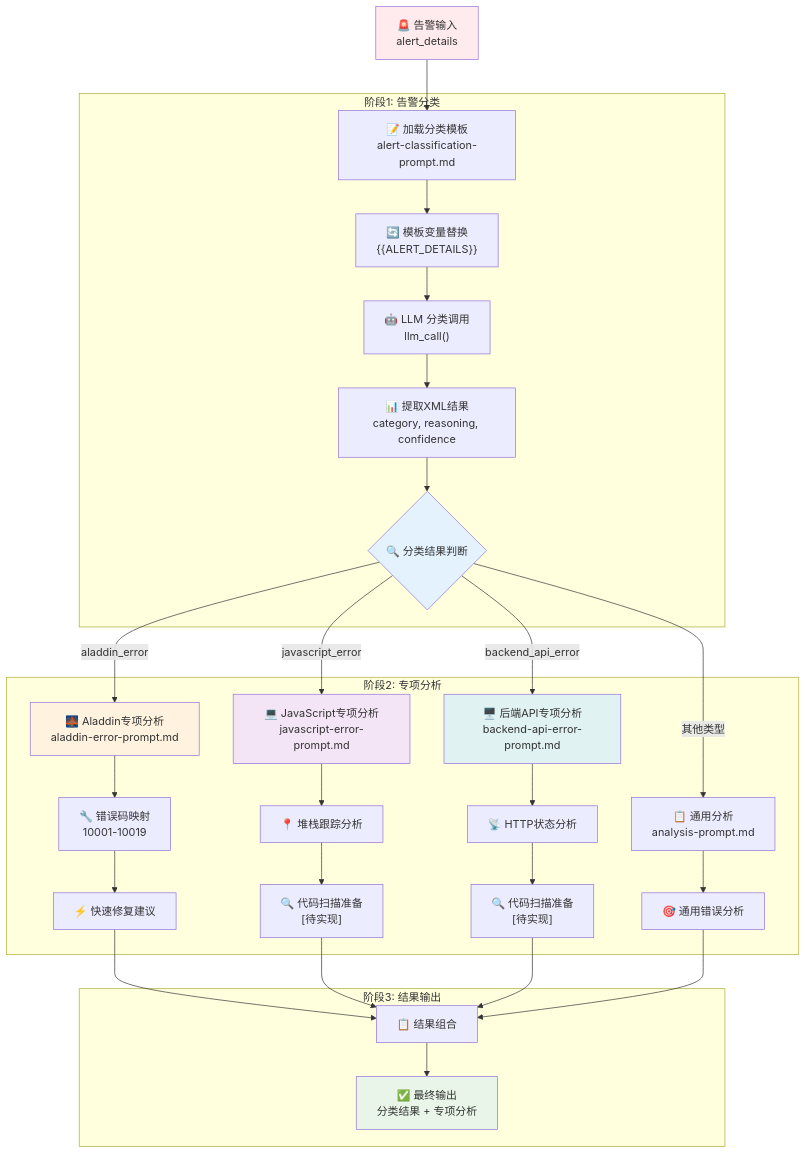
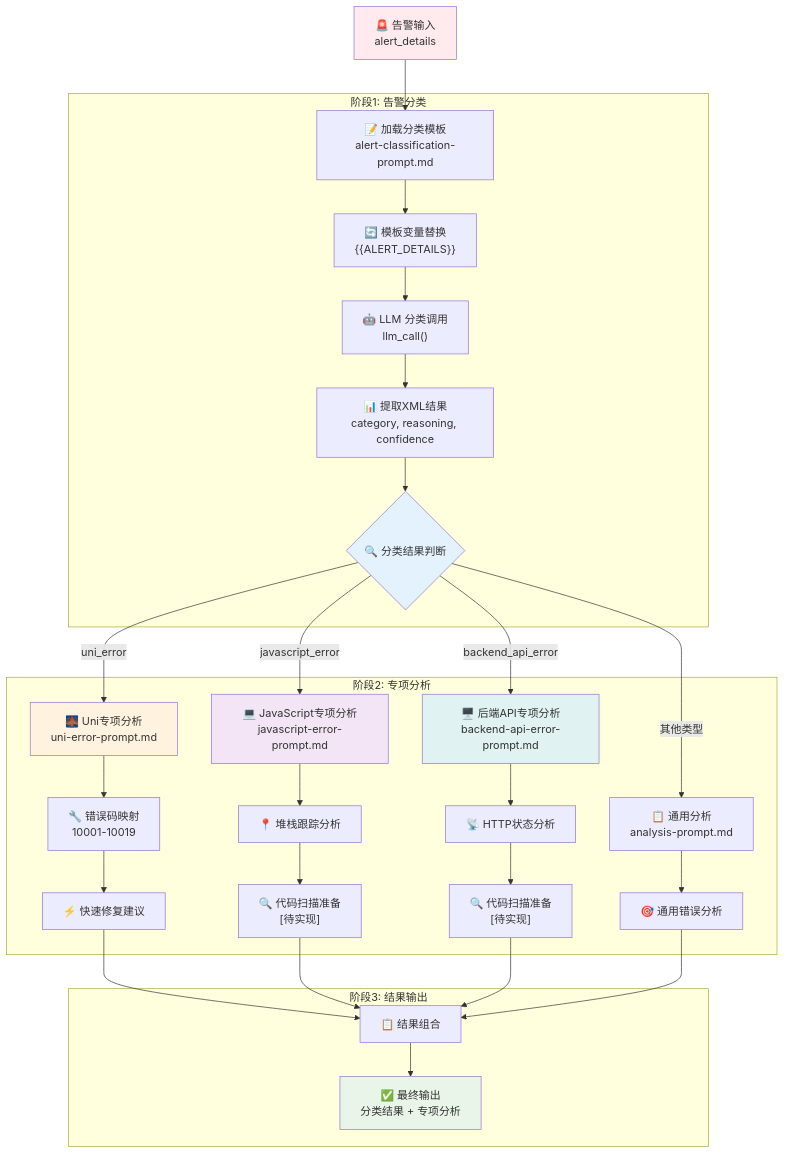
One commit to CheukYuen/learn-agent changed the first of 3 diagrams in crisis/analyze_alert_workflow_guide.md. Above: the diagram before and after it, drawn with Mermaid. The commit also changed other lines of this file and 12 other files, not shown here.

````diff
--- a/crisis/analyze_alert_workflow_guide.md
+++ b/crisis/analyze_alert_workflow_guide.md
@@ -26,67 +26,67 @@
 ```mermaid
 graph TD
     A["🚨 告警输入<br/>alert_details"] --> B["📝 加载分类模板<br/>alert-classification-prompt.md"]
     B --> C["🔄 模板变量替换<br/>{{ALERT_DETAILS}}"]
     C --> D["🤖 LLM 分类调用<br/>llm_call()"]
     
     D --> E["📊 提取XML结果<br/>category, reasoning, confidence"]
     
     E --> F{"🔍 分类结果判断"}
     
-    F -->|aladdin_error| G["🌉 Aladdin专项分析<br/>aladdin-error-prompt.md"]
+    F -->|uni_error| G["🌉 Uni专项分析<br/>uni-error-prompt.md"]
     F -->|javascript_error| H["💻 JavaScript专项分析<br/>javascript-error-prompt.md"]
     F -->|backend_api_error| I["🖥️ 后端API专项分析<br/>backend-api-error-prompt.md"]
     F -->|其他类型| J["📋 通用分析<br/>analysis-prompt.md"]
     
     G --> G1["🔧 错误码映射<br/>10001-10019"]
     G1 --> G2["⚡ 快速修复建议"]
     
     H --> H1["📍 堆栈跟踪分析"]
     H1 --> H2["🔍 代码扫描准备<br/>[待实现]"]
     
     I --> I1["📡 HTTP状态分析"]
     I1 --> I2["🔍 代码扫描准备<br/>[待实现]"]
     
     J --> J1["🎯 通用错误分析"]
     
     G2 --> K["📋 结果组合"]
     H2 --> K
     I2 --> K
     J1 --> K
     
     K --> L["✅ 最终输出<br/>分类结果 + 专项分析"]
     
     subgraph "阶段1: 告警分类"
         B
         C
         D
         E
         F
     end
     
     subgraph "阶段2: 专项分析"
         G
         G1
         G2
         H
         H1
         H2
         I
         I1
         I2
         J
         J1
     end
     
     subgraph "阶段3: 结果输出"
         K
         L
     end
     
     style A fill:#ffebee
     style F fill:#e3f2fd
     style L fill:#e8f5e8
     style G fill:#fff3e0
     style H fill:#f3e5f5
     style I fill:#e0f2f1
 ```
````
